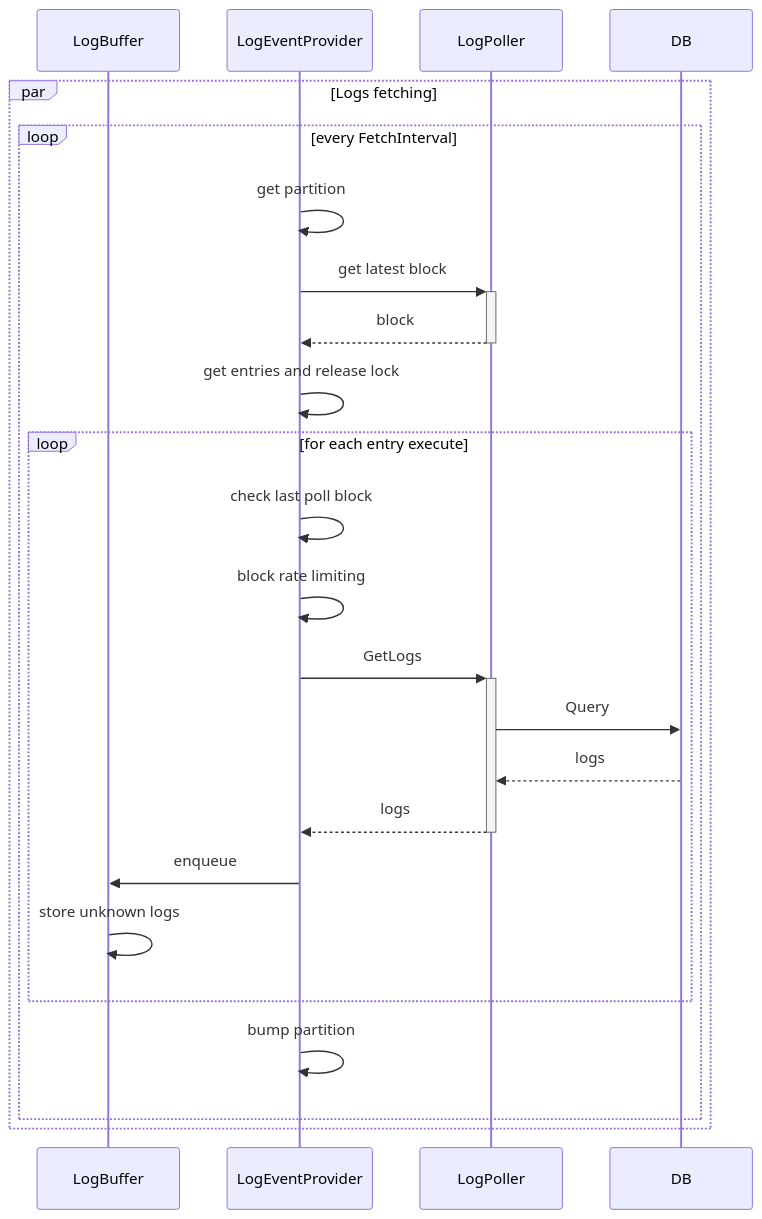
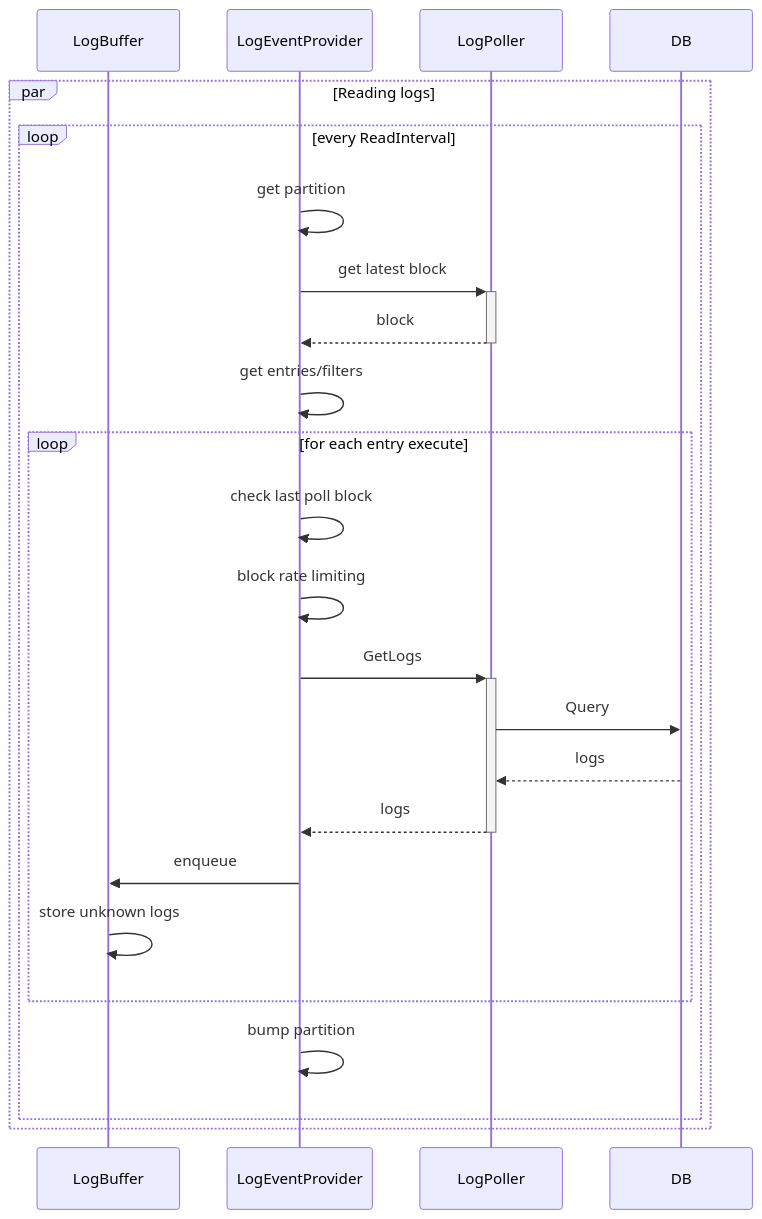
Before and after one commit to smartcontractkit/chainlink-automation: the diagram in docs/LOG_EVENT_PROVIDER.md, drawn with Mermaid. The commit also changed other lines of this file, not shown here.

Commit message:
rename fetch to read

````diff
--- a/docs/LOG_EVENT_PROVIDER.md
+++ b/docs/LOG_EVENT_PROVIDER.md
@@ -61,27 +54,27 @@
 ```mermaid
 sequenceDiagram
     participant LogBuffer
     participant LogEventProvider
     participant LogPoller
     participant DB
 
-    par Logs fetching
-        loop every FetchInterval
+    par Reading logs
+        loop every ReadInterval
             LogEventProvider->>LogEventProvider: get partition
             LogEventProvider->>+LogPoller: get latest block
             LogPoller-->>-LogEventProvider: block
-            LogEventProvider->>LogEventProvider: get entries and release lock 
+            LogEventProvider->>LogEventProvider: get entries/filters 
             loop for each entry execute
                 LogEventProvider->>LogEventProvider: check last poll block
                 LogEventProvider->>LogEventProvider: block rate limiting
                 LogEventProvider->>+LogPoller: GetLogs
                 LogPoller->>DB: Query
                 DB-->>LogPoller: logs
                 LogPoller-->>-LogEventProvider: logs
                 LogEventProvider->>LogBuffer: enqueue
                 LogBuffer->>LogBuffer: store unknown logs
             end
             LogEventProvider->>LogEventProvider: bump partition
         end
 end
 ```
````
